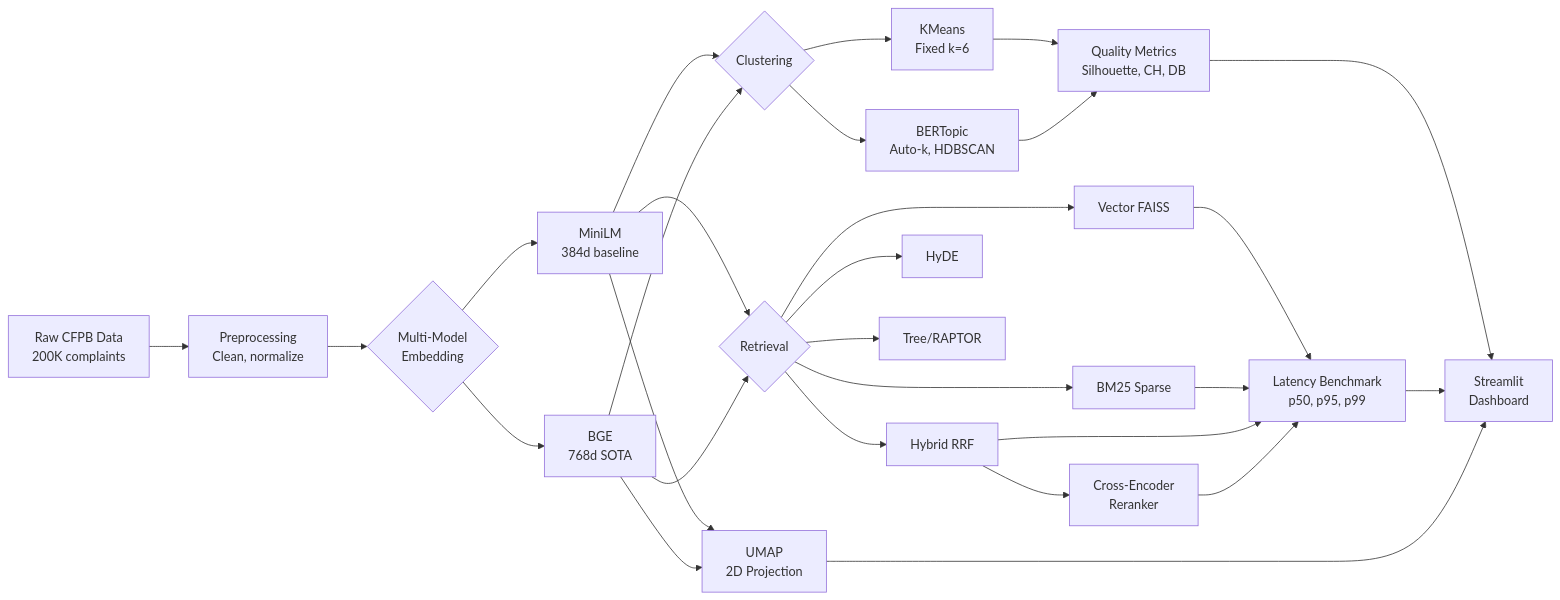
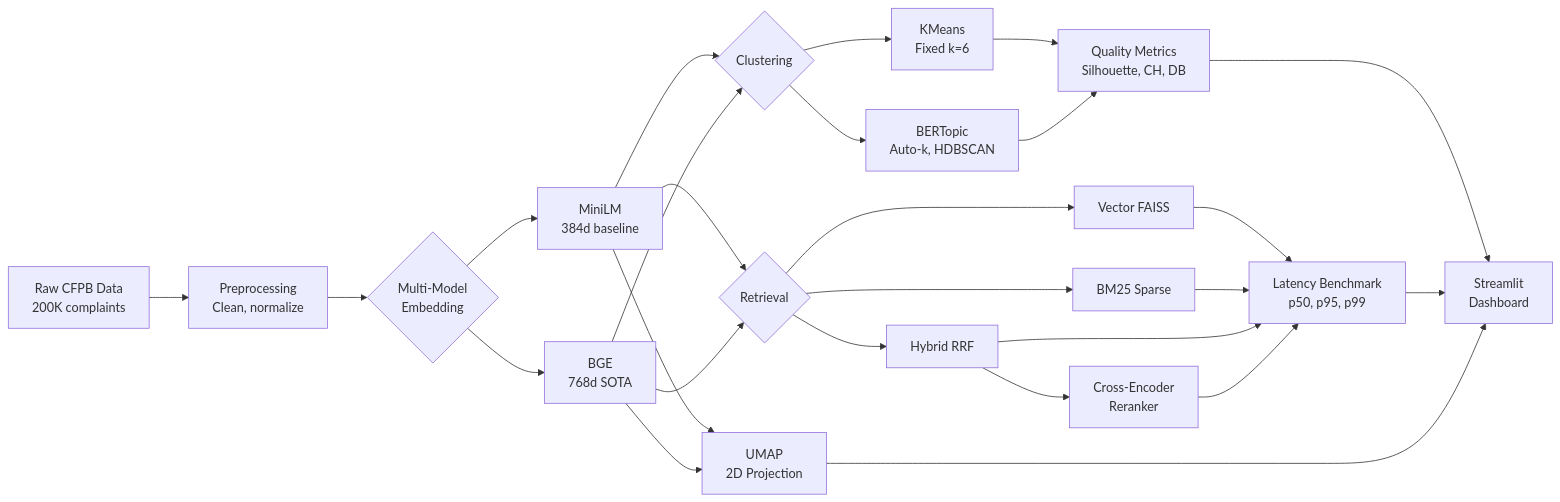
One commit to AswaniSahoo/complaint-intelligence-system changed the diagram in README.md. Above: the diagram before and after it, drawn with Mermaid. The commit also changed other lines of this file and 2 other files, not shown here.

````diff
--- a/README.md
+++ b/README.md
@@ -30,21 +65,19 @@
 ```mermaid
 graph LR
     A[Raw CFPB Data<br/>200K complaints] --> B[Preprocessing<br/>Clean, normalize]
     B --> C{Multi-Model<br/>Embedding}
     C --> D1[MiniLM<br/>384d baseline]
     C --> D2[BGE<br/>768d SOTA]
     D1 & D2 --> E{Clustering}
     E --> F1[KMeans<br/>Fixed k=6]
     E --> F2[BERTopic<br/>Auto-k, HDBSCAN]
     D1 & D2 --> G{Retrieval}
     G --> H1[Vector FAISS]
     G --> H2[BM25 Sparse]
     G --> H3[Hybrid RRF]
-    G --> H4[HyDE]
-    G --> H5[Tree/RAPTOR]
     H3 --> I[Cross-Encoder<br/>Reranker]
     F1 & F2 --> J[Quality Metrics<br/>Silhouette, CH, DB]
     H1 & H2 & H3 & I --> K[Latency Benchmark<br/>p50, p95, p99]
     D1 & D2 --> L[UMAP<br/>2D Projection]
     J & K & L --> M[Streamlit<br/>Dashboard]
 ```
````
